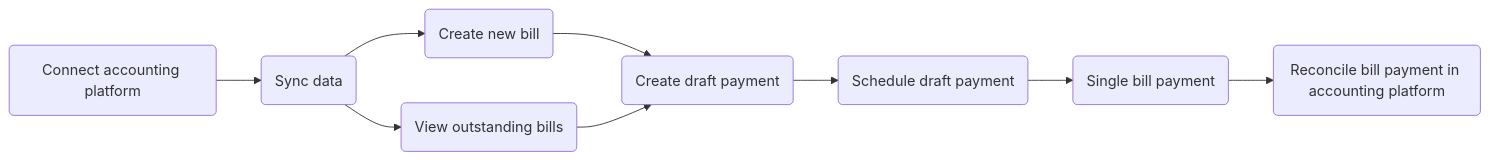
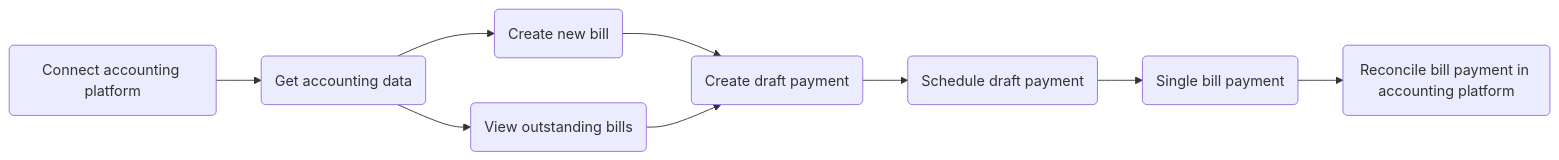
The diagram in docs/payables/bill-pay-kit.md (codatio/codat-docs), drawn with Mermaid before and after one commit.

````diff
--- a/docs/payables/bill-pay-kit.md
+++ b/docs/payables/bill-pay-kit.md
@@ -23,13 +23,13 @@
 ```mermaid
 
   flowchart LR
-    A(Connect accounting platform) --> B(Sync data)
+    A(Connect accounting platform) --> B(Get accounting data)
     B --> H(Create new bill)
     H --> D
     B --> C(View outstanding bills)
     C -->D(Create draft payment)
     D -->E(Schedule draft payment)
     E -->F(Single bill payment)
     F -->G(Reconcile bill payment in accounting platform)
 
 ```
````
